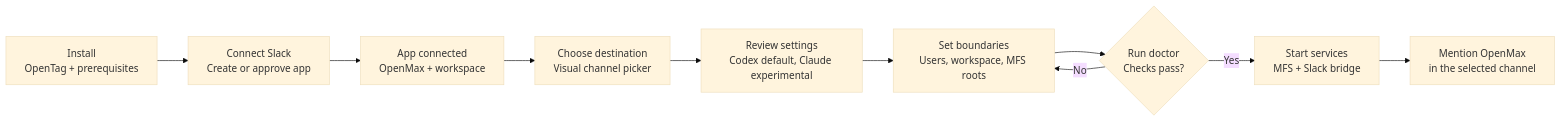
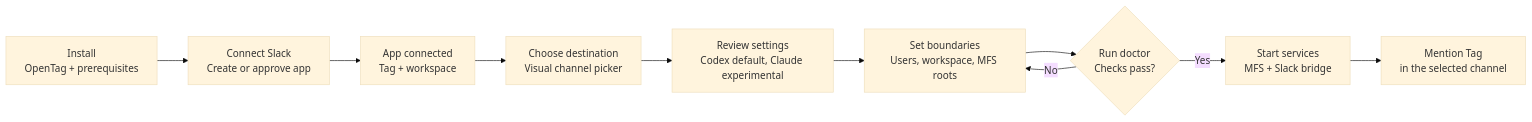
Before and after one commit to klovr-co/hover-tag: the third of 18 diagrams in docs/user-flows.md, drawn with Mermaid (base theme). The commit also changed other lines of this file and 17 other files, not shown here.

````diff
--- a/docs/user-flows.md
+++ b/docs/user-flows.md
@@ -119,16 +119,16 @@
 ```mermaid
 flowchart LR
     Install["Install<br/>OpenTag + prerequisites"]
     Slack["Connect Slack<br/>Create or approve app"]
-    Connected["App connected<br/>OpenMax + workspace"]
+    Connected["App connected<br/>Tag + workspace"]
     Channel["Choose destination<br/>Visual channel picker"]
     Agent["Review settings<br/>Codex default, Claude experimental"]
     Guardrails["Set boundaries<br/>Users, workspace, MFS roots"]
     Doctor{"Run doctor<br/>Checks pass?"}
     Start["Start services<br/>MFS + Slack bridge"]
-    Test["Mention OpenMax<br/>in the selected channel"]
+    Test["Mention Tag<br/>in the selected channel"]
 
     Install --> Slack --> Connected --> Channel --> Agent --> Guardrails --> Doctor
     Doctor -->|No| Guardrails
     Doctor -->|Yes| Start --> Test
 ```
````
